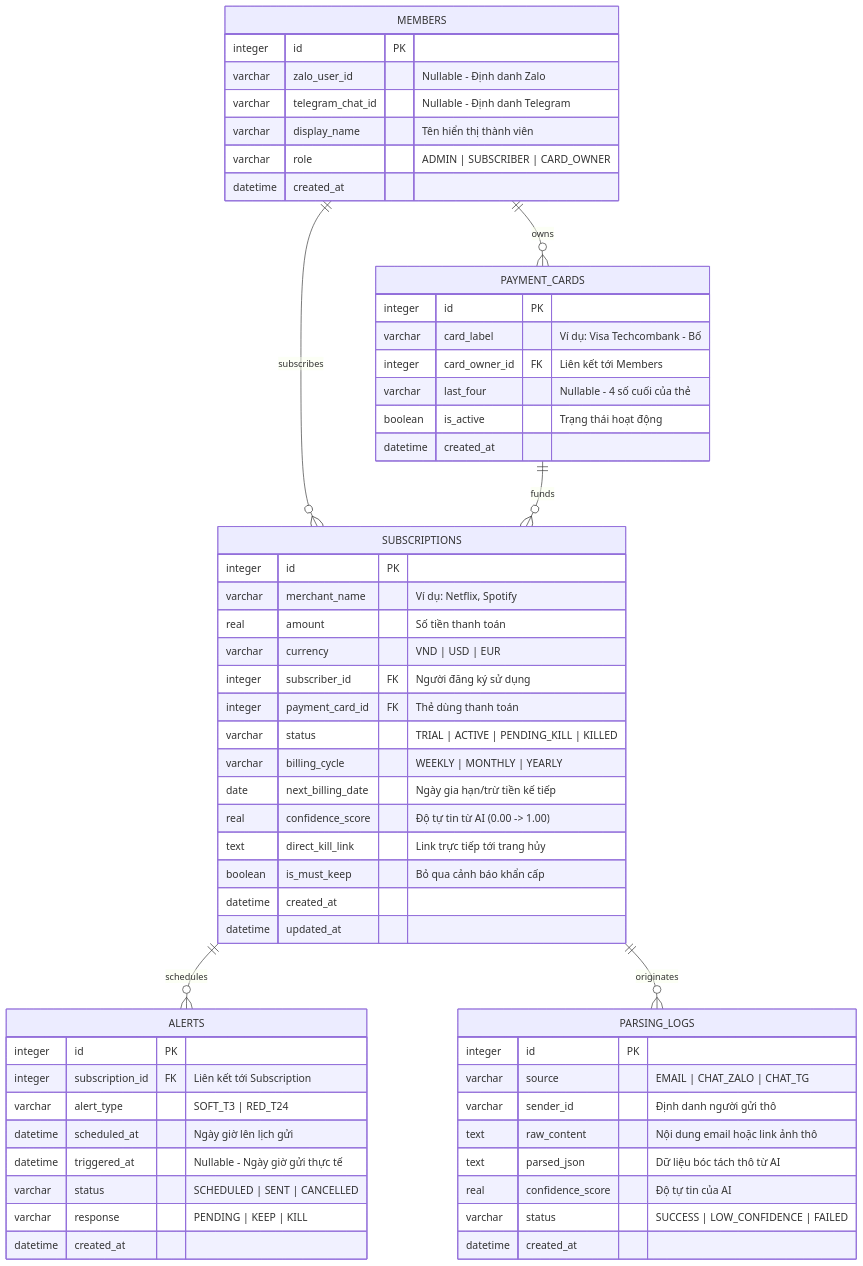
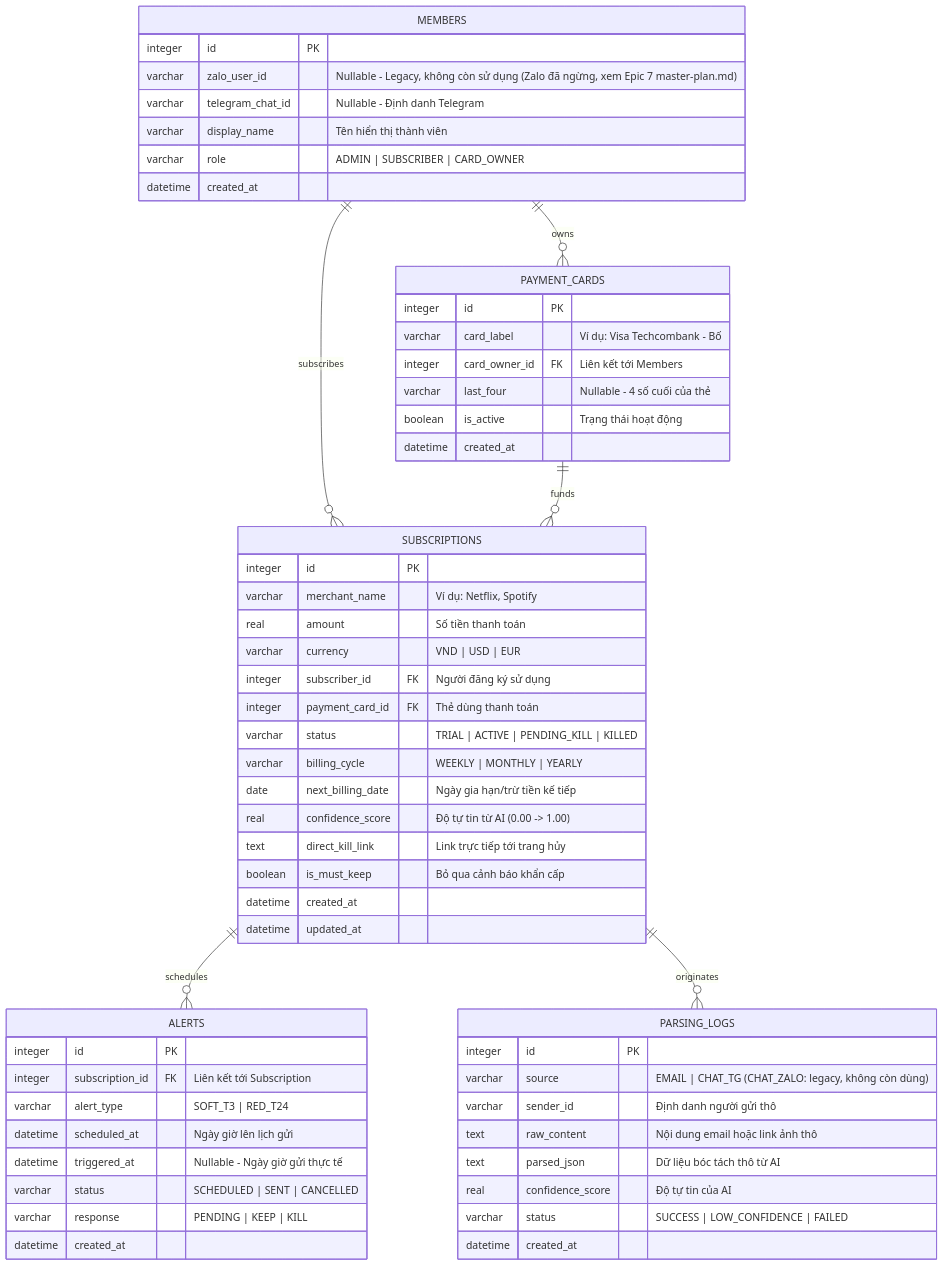
One commit to trinhquocthinh/Subsentry changed the diagram in docs/model-erd.md. Above: the diagram before and after it, drawn with Mermaid. The commit also changed other lines of this file and 30 other files, not shown here.

````diff
--- a/docs/model-erd.md
+++ b/docs/model-erd.md
@@ -13,66 +13,66 @@
 ```mermaid
 erDiagram
     MEMBERS {
         integer id PK
-        varchar zalo_user_id "Nullable - Định danh Zalo"
+        varchar zalo_user_id "Nullable - Legacy, không còn sử dụng (Zalo đã ngừng, xem Epic 7 master-plan.md)"
         varchar telegram_chat_id "Nullable - Định danh Telegram"
         varchar display_name "Tên hiển thị thành viên"
         varchar role "ADMIN | SUBSCRIBER | CARD_OWNER"
         datetime created_at
     }
 
     PAYMENT_CARDS {
         integer id PK
         varchar card_label "Ví dụ: Visa Techcombank - Bố"
         integer card_owner_id FK "Liên kết tới Members"
         varchar last_four "Nullable - 4 số cuối của thẻ"
         boolean is_active "Trạng thái hoạt động"
         datetime created_at
     }
 
     SUBSCRIPTIONS {
         integer id PK
         varchar merchant_name "Ví dụ: Netflix, Spotify"
         real amount "Số tiền thanh toán"
         varchar currency "VND | USD | EUR"
         integer subscriber_id FK "Người đăng ký sử dụng"
         integer payment_card_id FK "Thẻ dùng thanh toán"
         varchar status "TRIAL | ACTIVE | PENDING_KILL | KILLED"
         varchar billing_cycle "WEEKLY | MONTHLY | YEARLY"
         date next_billing_date "Ngày gia hạn/trừ tiền kế tiếp"
         real confidence_score "Độ tự tin từ AI (0.00 -> 1.00)"
         text direct_kill_link "Link trực tiếp tới trang hủy"
         boolean is_must_keep "Bỏ qua cảnh báo khẩn cấp"
         datetime created_at
         datetime updated_at
     }
 
     ALERTS {
         integer id PK
         integer subscription_id FK "Liên kết tới Subscription"
         varchar alert_type "SOFT_T3 | RED_T24"
         datetime scheduled_at "Ngày giờ lên lịch gửi"
         datetime triggered_at "Nullable - Ngày giờ gửi thực tế"
         varchar status "SCHEDULED | SENT | CANCELLED"
         varchar response "PENDING | KEEP | KILL"
         datetime created_at
     }
 
     PARSING_LOGS {
         integer id PK
-        varchar source "EMAIL | CHAT_ZALO | CHAT_TG"
+        varchar source "EMAIL | CHAT_TG (CHAT_ZALO: legacy, không còn dùng)"
         varchar sender_id "Định danh người gửi thô"
         text raw_content "Nội dung email hoặc link ảnh thô"
         text parsed_json "Dữ liệu bóc tách thô từ AI"
         real confidence_score "Độ tự tin của AI"
         varchar status "SUCCESS | LOW_CONFIDENCE | FAILED"
         datetime created_at
     }
 
     %% Relationships
     MEMBERS ||--o{ PAYMENT_CARDS : "owns"
     MEMBERS ||--o{ SUBSCRIPTIONS : "subscribes"
     PAYMENT_CARDS ||--o{ SUBSCRIPTIONS : "funds"
     SUBSCRIPTIONS ||--o{ ALERTS : "schedules"
     SUBSCRIPTIONS ||--o{ PARSING_LOGS : "originates"
 ```
````
